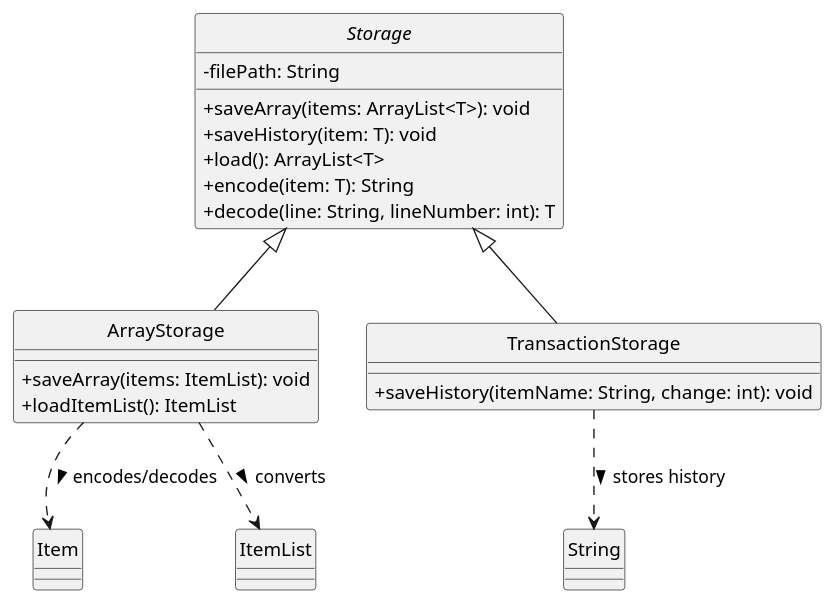
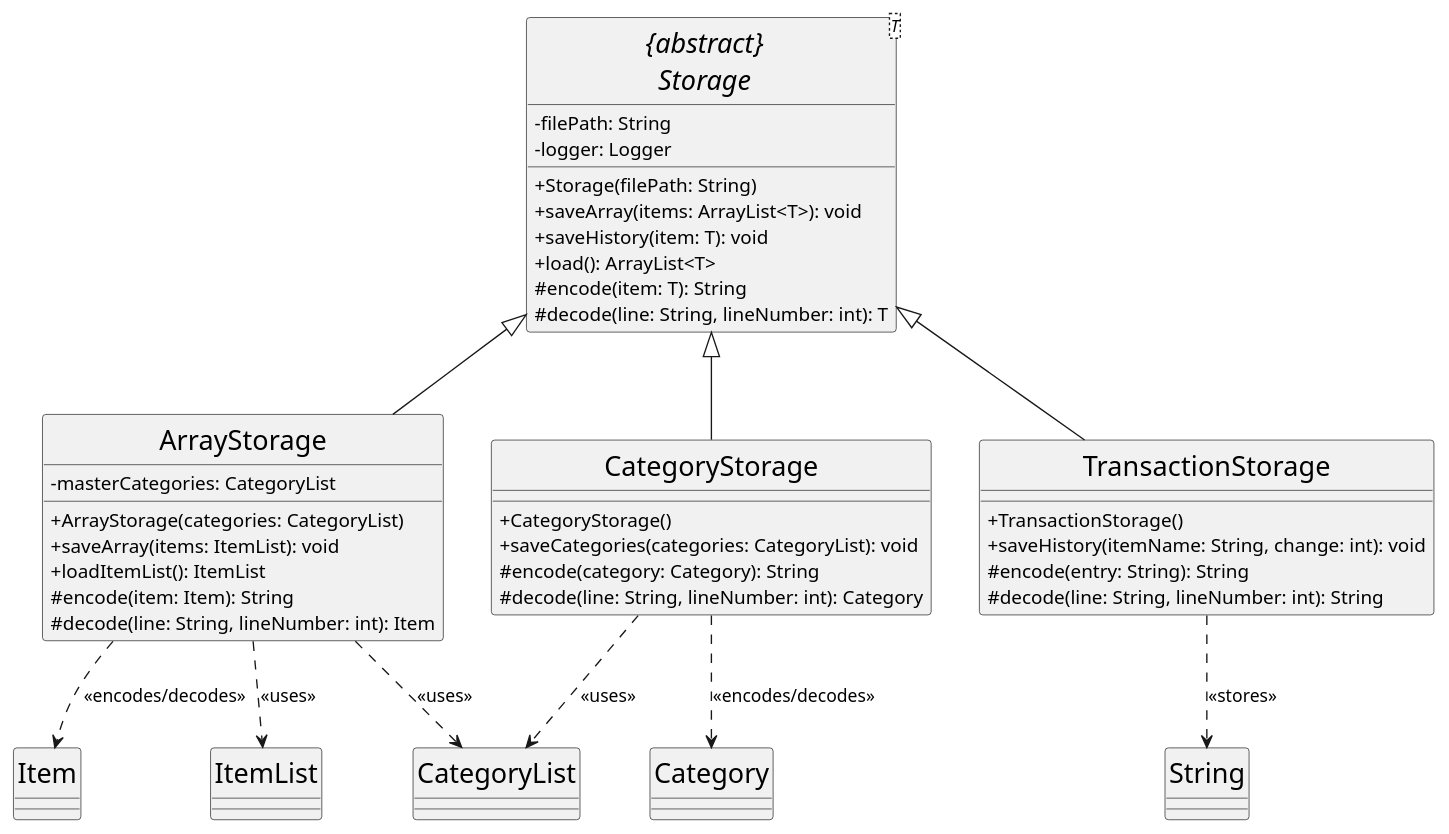
The diagram in docs/diagrams/StorageClassDiagram.puml (kenpegrasio/tp), drawn with PlantUML before and after one commit. The commit also changed 7 other files, not shown here.

Commit message:
Updated PPP, DG and Diagrams

```diff
--- a/docs/diagrams/StorageClassDiagram.puml
+++ b/docs/diagrams/StorageClassDiagram.puml
@@ -1,37 +1,60 @@
 @startuml
-'https://plantuml.com/class-diagram
-
 skinparam monochrome true
+skinparam shadowing false
 skinparam classAttributeIconSize 0
+skinparam classFontSize 20
 hide circle
 
-abstract class Storage {
+abstract class "{abstract}\nStorage<T>" as Storage {
     - filePath: String
+    - logger: Logger
+    + Storage(filePath: String)
     + saveArray(items: ArrayList<T>): void
     + saveHistory(item: T): void
     + load(): ArrayList<T>
-    + encode(item: T): String
-    + decode(line: String, lineNumber: int): T
+    # encode(item: T): String
+    # decode(line: String, lineNumber: int): T
 }
 
 class ArrayStorage {
+    - masterCategories: CategoryList
+    + ArrayStorage(categories: CategoryList)
     + saveArray(items: ItemList): void
     + loadItemList(): ItemList
+    # encode(item: Item): String
+    # decode(line: String, lineNumber: int): Item
 }
 
 class TransactionStorage {
+    + TransactionStorage()
     + saveHistory(itemName: String, change: int): void
+    # encode(entry: String): String
+    # decode(line: String, lineNumber: int): String
+}
+
+class CategoryStorage {
+    + CategoryStorage()
+    + saveCategories(categories: CategoryList): void
+    # encode(category: Category): String
+    # decode(line: String, lineNumber: int): Category
 }
 
 class Item
 class ItemList
+class Category
+class CategoryList
 
 Storage <|-- ArrayStorage
 Storage <|-- TransactionStorage
+Storage <|-- CategoryStorage
 
-ArrayStorage ..> Item : encodes/decodes >
-ArrayStorage ..> ItemList : converts >
+ArrayStorage ..> Item : <<encodes/decodes>>
+ArrayStorage ..> ItemList : <<uses>>
+ArrayStorage ..> CategoryList : <<uses>>
 
-TransactionStorage ..> String : stores history >
+TransactionStorage ..> String : <<stores>>
+
+CategoryStorage ..> Category : <<encodes/decodes>>
+CategoryStorage ..> CategoryList : <<uses>>
 
 @enduml
```
